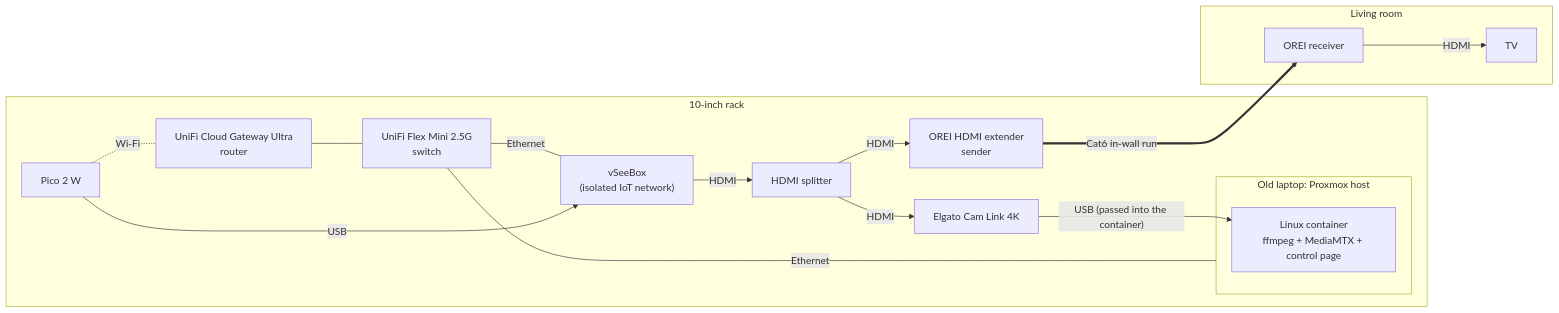
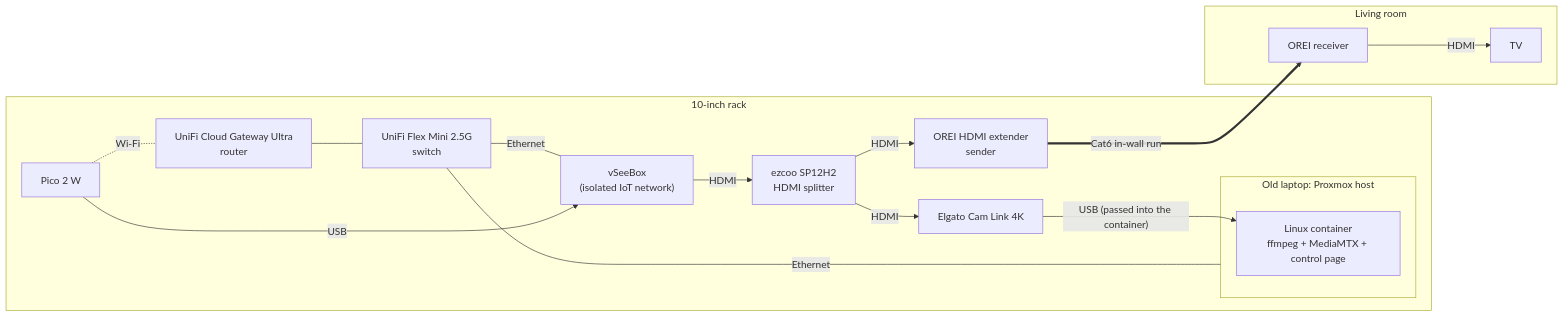
One commit to Screech327/tvbox-remote changed the seventh of 7 diagrams in docs/DIAGRAMS.md. Above: the diagram before and after it, drawn with Mermaid. The commit also changed 3 other files, not shown here.

````diff
--- a/docs/DIAGRAMS.md
+++ b/docs/DIAGRAMS.md
@@ -105,27 +105,27 @@
 ```mermaid
 flowchart LR
     subgraph RACK["10-inch rack"]
         GW["UniFi Cloud Gateway Ultra<br/>router"]
         SW["UniFi Flex Mini 2.5G<br/>switch"]
         subgraph OMEN["Old laptop: Proxmox host"]
             CT["Linux container<br/>ffmpeg + MediaMTX + control page"]
         end
         BOX["vSeeBox<br/>(isolated IoT network)"]
-        SPL["HDMI splitter"]
+        SPL["ezcoo SP12H2<br/>HDMI splitter"]
         CAPT["Elgato Cam Link 4K"]
         TX["OREI HDMI extender<br/>sender"]
         PICO["Pico 2 W"]
     end
     subgraph LIVING["Living room"]
         RX["OREI receiver"] -- HDMI --> TV["TV"]
     end
     GW --- SW
     SW -- Ethernet --- OMEN
     SW -- Ethernet --- BOX
     BOX -- HDMI --> SPL
     SPL -- HDMI --> CAPT -- "USB (passed into the container)" --> CT
     SPL -- HDMI --> TX
     TX == "Cat6 in-wall run" ==> RX
     PICO -- USB --> BOX
     PICO -. Wi-Fi .- GW
 ```
````
